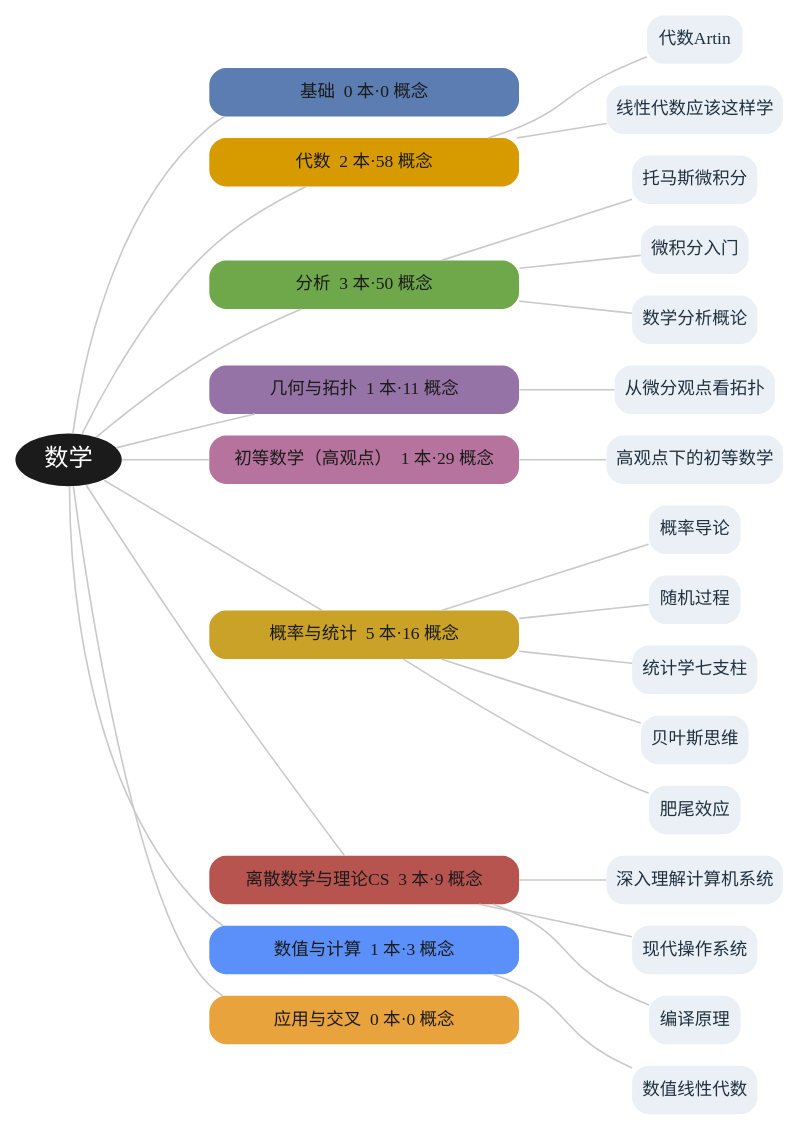
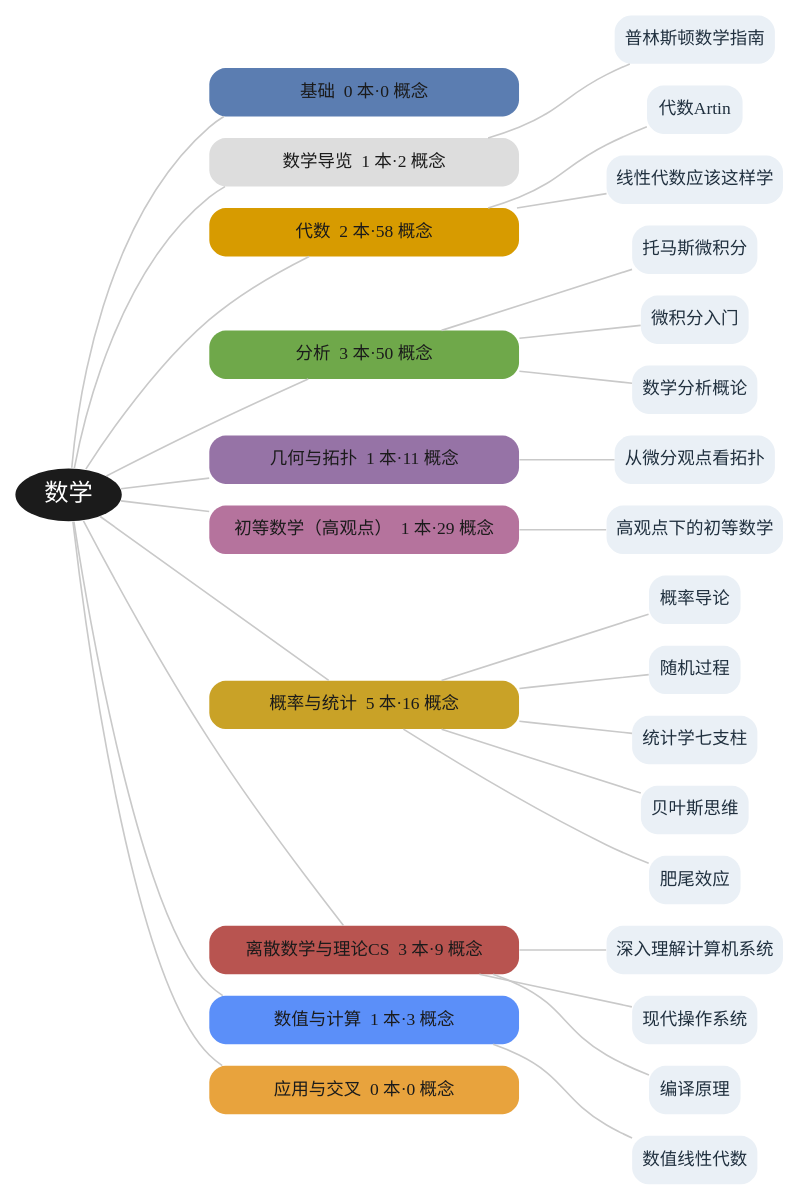
The diagram in book/figures/fig-branches.dot (lyp0746/lyp-notes), drawn with Graphviz before and after one commit. The commit also changed 27 other files, not shown here.

Commit message:
新增《普林斯顿数学指南》(Gowers 主编, 三卷)：2 概念(数学的统一性/哥德尔不完备定理)+2 实体+导读+桥接「两幅地图」；新建「数学导览」分支；重建插图(17 书/174 概念)与 PDF(91 页)

```diff
--- a/book/figures/fig-branches.dot
+++ b/book/figures/fig-branches.dot
@@ -1,56 +1,60 @@
 digraph G {
   graph [bgcolor="white", rankdir=LR, nodesep=0.22, ranksep=0.9];
   node [shape=box, style="rounded,filled", penwidth=0, fontname="Microsoft YaHei", fontsize=13];
   edge [color="#C9C9C9", arrowhead=none, penwidth=1.2];
   MATH [label="数学", shape=ellipse, fillcolor="#1B1B1B", fontcolor="white", fontsize=18, width=1.1];
   b_base [label="基础  0 本·0 概念", fillcolor="#5B7DB1", fontcolor="#1B1B1B", width=3.2];
   MATH -> b_base;
+  b_guide [label="数学导览  1 本·2 概念", fillcolor="#DDDDDD", fontcolor="#1B1B1B", width=3.2];
+  MATH -> b_guide;
   b_alg [label="代数  2 本·58 概念", fillcolor="#D79B00", fontcolor="#1B1B1B", width=3.2];
   MATH -> b_alg;
   b_ana [label="分析  3 本·50 概念", fillcolor="#6FA84A", fontcolor="#1B1B1B", width=3.2];
   MATH -> b_ana;
   b_geo [label="几何与拓扑  1 本·11 概念", fillcolor="#9673A6", fontcolor="#1B1B1B", width=3.2];
   MATH -> b_geo;
   b_elem [label="初等数学（高观点）  1 本·29 概念", fillcolor="#B5739D", fontcolor="#1B1B1B", width=3.2];
   MATH -> b_elem;
   b_prob [label="概率与统计  5 本·16 概念", fillcolor="#C9A227", fontcolor="#1B1B1B", width=3.2];
   MATH -> b_prob;
   b_disc [label="离散数学与理论CS  3 本·9 概念", fillcolor="#B85450", fontcolor="#1B1B1B", width=3.2];
   MATH -> b_disc;
   b_num [label="数值与计算  1 本·3 概念", fillcolor="#5B8FF9", fontcolor="#1B1B1B", width=3.2];
   MATH -> b_num;
   b_app [label="应用与交叉  0 本·0 概念", fillcolor="#E8A33D", fontcolor="#1B1B1B", width=3.2];
   MATH -> b_app;
+  bk_PCM [label="普林斯顿数学指南", fillcolor="#EAF0F6", fontcolor="#20303F"];
+  b_guide -> bk_PCM;
   bk_AT [label="代数Artin", fillcolor="#EAF0F6", fontcolor="#20303F"];
   b_alg -> bk_AT;
   bk_LA [label="线性代数应该这样学", fillcolor="#EAF0F6", fontcolor="#20303F"];
   b_alg -> bk_LA;
   bk_CA [label="托马斯微积分", fillcolor="#EAF0F6", fontcolor="#20303F"];
   b_ana -> bk_CA;
   bk_CM [label="微积分入门", fillcolor="#EAF0F6", fontcolor="#20303F"];
   b_ana -> bk_CM;
   bk_MA [label="数学分析概论", fillcolor="#EAF0F6", fontcolor="#20303F"];
   b_ana -> bk_MA;
   bk_DT [label="从微分观点看拓扑", fillcolor="#EAF0F6", fontcolor="#20303F"];
   b_geo -> bk_DT;
   bk_KG [label="高观点下的初等数学", fillcolor="#EAF0F6", fontcolor="#20303F"];
   b_elem -> bk_KG;
   bk_PD [label="概率导论", fillcolor="#EAF0F6", fontcolor="#20303F"];
   b_prob -> bk_PD;
   bk_SP [label="随机过程", fillcolor="#EAF0F6", fontcolor="#20303F"];
   b_prob -> bk_SP;
   bk_SS [label="统计学七支柱", fillcolor="#EAF0F6", fontcolor="#20303F"];
   b_prob -> bk_SS;
   bk_BT [label="贝叶斯思维", fillcolor="#EAF0F6", fontcolor="#20303F"];
   b_prob -> bk_BT;
   bk_FT [label="肥尾效应", fillcolor="#EAF0F6", fontcolor="#20303F"];
   b_prob -> bk_FT;
   bk_CSAPP [label="深入理解计算机系统", fillcolor="#EAF0F6", fontcolor="#20303F"];
   b_disc -> bk_CSAPP;
   bk_MOS [label="现代操作系统", fillcolor="#EAF0F6", fontcolor="#20303F"];
   b_disc -> bk_MOS;
   bk_CP [label="编译原理", fillcolor="#EAF0F6", fontcolor="#20303F"];
   b_disc -> bk_CP;
   bk_NLA [label="数值线性代数", fillcolor="#EAF0F6", fontcolor="#20303F"];
   b_num -> bk_NLA;
 }
```
